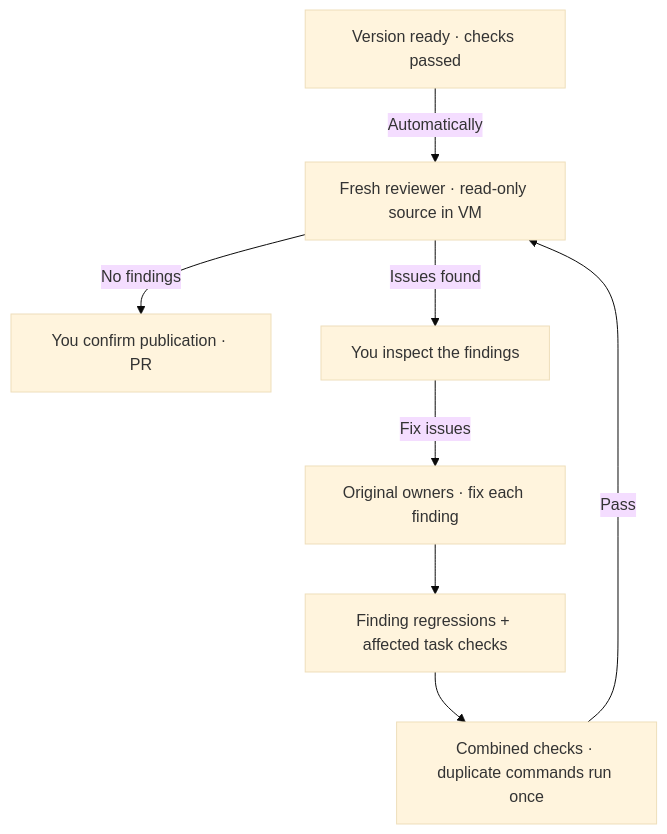
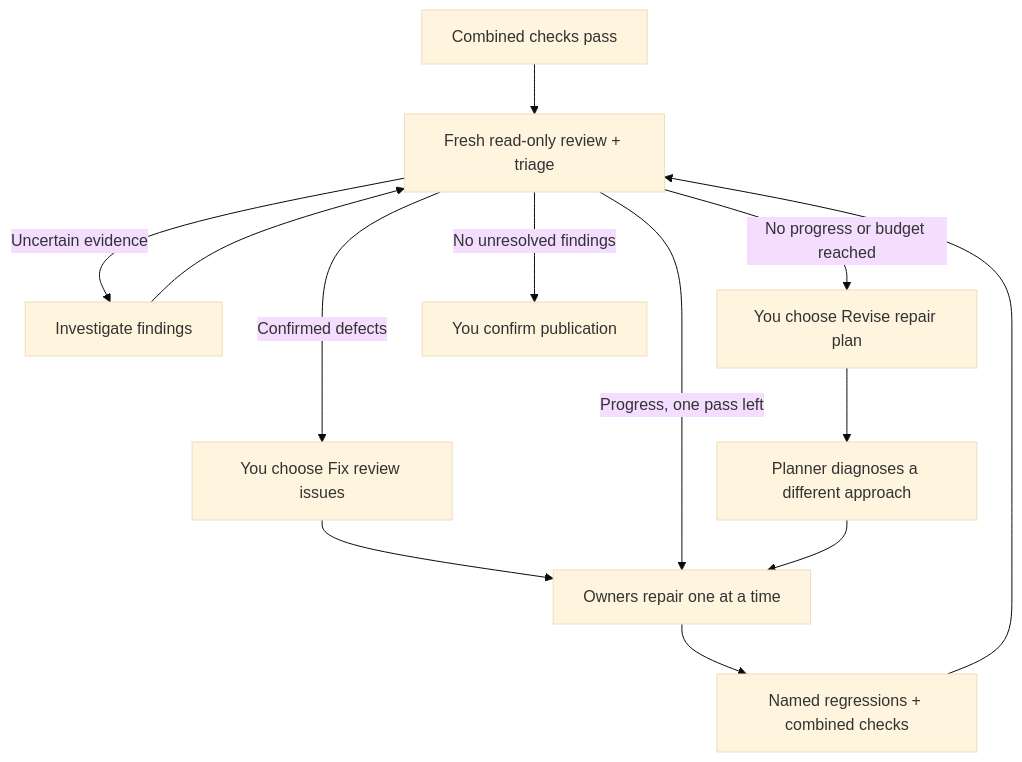
Before and after one commit to minimumeffort-dev/sprowt.harness: the diagram in docs/review.md, drawn with Mermaid (base theme). The commit also changed other lines of this file and 18 other files, not shown here.

Commit message:
Bound review repairs with persistent findings and evidence

````diff
--- a/docs/review.md
+++ b/docs/review.md
@@ -7,10 +5,15 @@
 ```mermaid
 flowchart TB
-    ready["Version ready · checks passed"] -->|"Automatically"| review["Fresh reviewer · read-only source in VM"]
-    review -->|"No findings"| publish["You confirm publication · PR"]
-    review -->|"Issues found"| findings["You inspect the findings"]
-    findings -->|"Fix issues"| fix["Original owners · fix each finding"]
-    fix --> focused["Finding regressions + affected task checks"]
-    focused --> checks["Combined checks · duplicate commands run once"]
-    checks -->|"Pass"| review
+    checks["Combined checks pass"] --> review["Fresh read-only review + triage"]
+    review -->|"Confirmed defects"| choice["You choose Fix review issues"]
+    review -->|"Uncertain evidence"| investigate["Investigate findings"]
+    investigate --> review
+    choice --> fix["Owners repair one at a time"]
+    fix --> verify["Named regressions + combined checks"]
+    verify --> review
+    review -->|"Progress, one pass left"| fix
+    review -->|"No progress or budget reached"| revise["You choose Revise repair plan"]
+    revise --> plan["Planner diagnoses a different approach"]
+    plan --> fix
+    review -->|"No unresolved findings"| publish["You confirm publication"]
 ```
````
